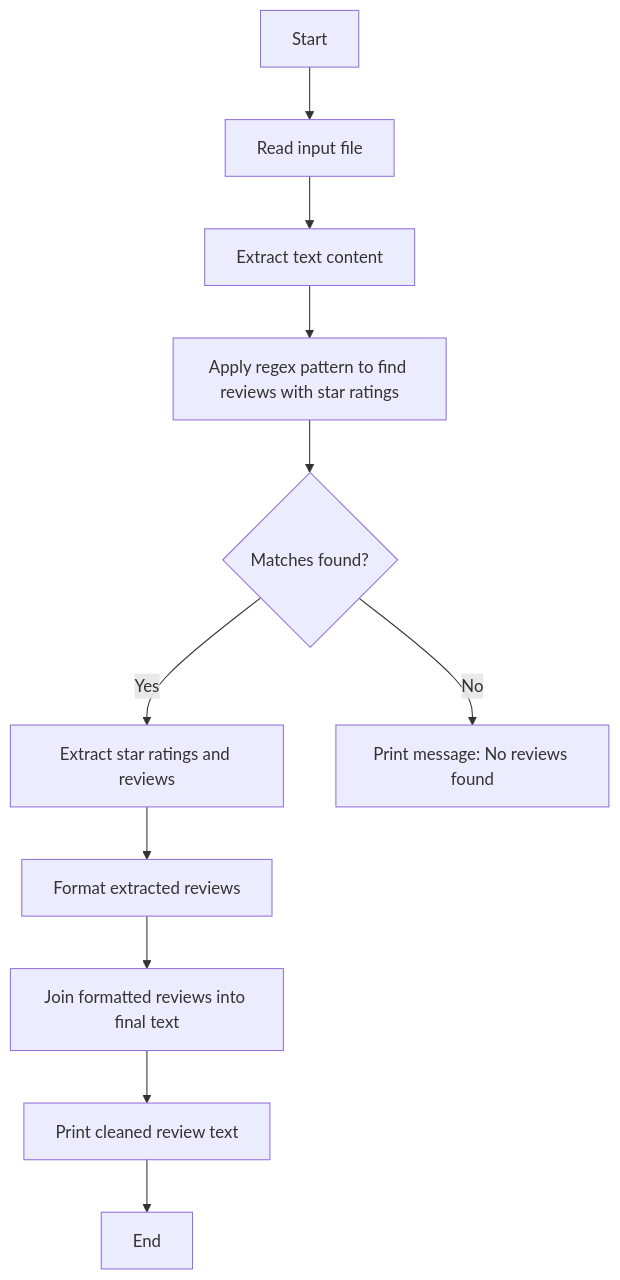
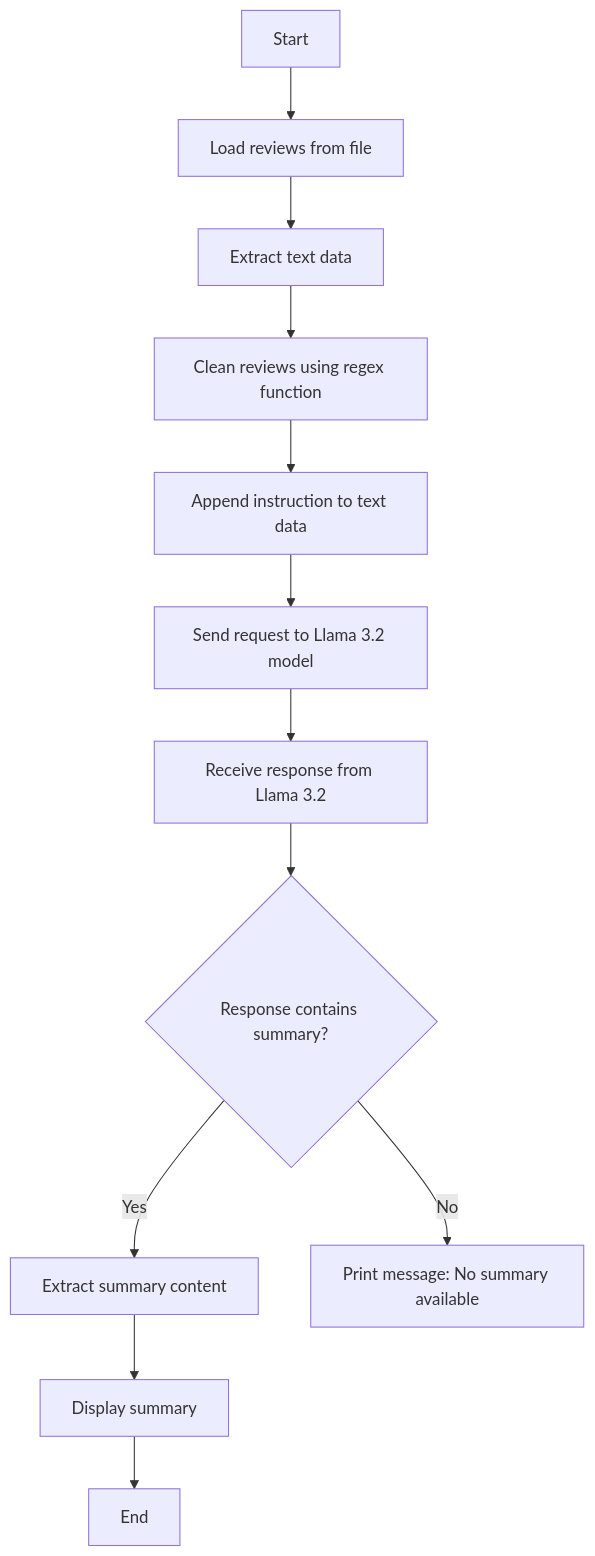
One commit to Feininon/LetterBoxd-Review-Summarizer changed the diagram in test.md. Above: the diagram before and after it, drawn with Mermaid.

````diff
--- a/test.md
+++ b/test.md
@@ -1,13 +1,14 @@
 ```mermaid
 flowchart TD
-    A[Start] --> B[Read input file]
-    B --> C[Extract text content]
-    C --> D[Apply regex pattern to find reviews with star ratings]
-    D --> E{Matches found?}
-    E -- Yes --> F[Extract star ratings and reviews]
-    E -- No --> X[Print message: No reviews found]
-    F --> G[Format extracted reviews]
-    G --> H[Join formatted reviews into final text]
-    H --> I[Print cleaned review text]
-    I --> J[End]
+    A[Start] --> B[Load reviews from file]
+    B --> C[Extract text data]
+    C --> D[Clean reviews using regex function]
+    D --> E[Append instruction to text data]
+    E --> F[Send request to Llama 3.2 model]
+    F --> G[Receive response from Llama 3.2]
+    G --> H{Response contains summary?}
+    H -- Yes --> I[Extract summary content]
+    H -- No --> X[Print message: No summary available]
+    I --> J[Display summary]
+    J --> K[End]
 ```
````
